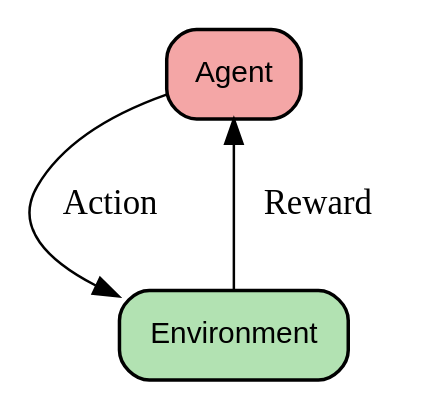
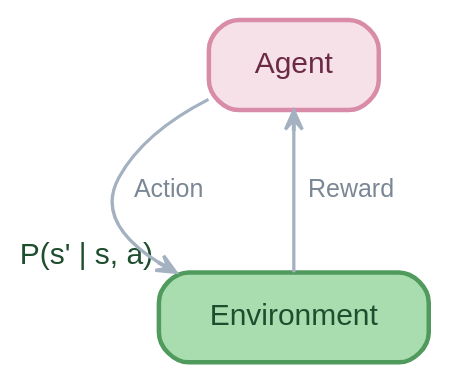
Before and after one commit to causify-ai/helpers: the second of 5 diagrams in .claude/templates/graphviz.template.md, drawn with Graphviz. The commit also changed other lines of this file and 86 other files, not shown here.

````diff
--- a/.claude/templates/graphviz.template.md
+++ b/.claude/templates/graphviz.template.md
@@ -50,15 +133,31 @@
-  ```graphviz
-  digraph AgentEnv {
-      splines=true;
-      nodesep=1.0;
-      ranksep=0.75;
+```graphviz
+digraph AgentEnv {
+    bgcolor="transparent";
+    pad="0.15";
+    splines=spline;
+    nodesep=1.0;
+    ranksep=0.75;
 
-      node [shape=box, style="rounded,filled", fontname="Helvetica", fontsize=12, penwidth=1.4];
+    node [shape=box,
+          style="rounded,filled",
+          penwidth=1.8,
+          fontname="Helvetica",
+          fontsize=12,
+          margin="0.22,0.14",
+          height=0.50];
 
-      Agent [label="Agent", fillcolor="#F4A6A6"];
-      Env [label="Environment", fillcolor="#B2E2B2"];
+    edge [color="#A3B1C0",
+          penwidth=1.3,
+          arrowhead=vee,
+          arrowsize=0.75,
+          fontname="Helvetica",
+          fontsize=10,
+          fontcolor="#7B8794"];
 
-      Agent -> Env [label="  Action"];
-      Env -> Agent [label="  Reward"];
-  }
-  ```
+    Agent [label="Agent", fillcolor="#F6E1E8", color="#D98CA8", fontcolor="#6B2A44"];
+    Env   [label="Environment", fillcolor="#A9DDB0", color="#4F9A5C", fontcolor="#1F4E2E", xlabel="P(s' | s, a)"];
+
+    Agent -> Env [label="  Action"];
+    Env -> Agent [label="  Reward"];
+}
+```
````
